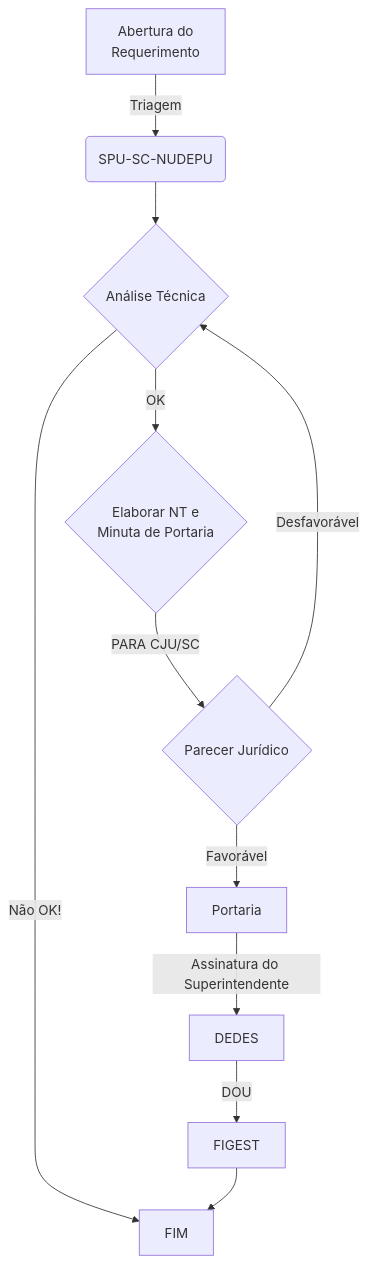
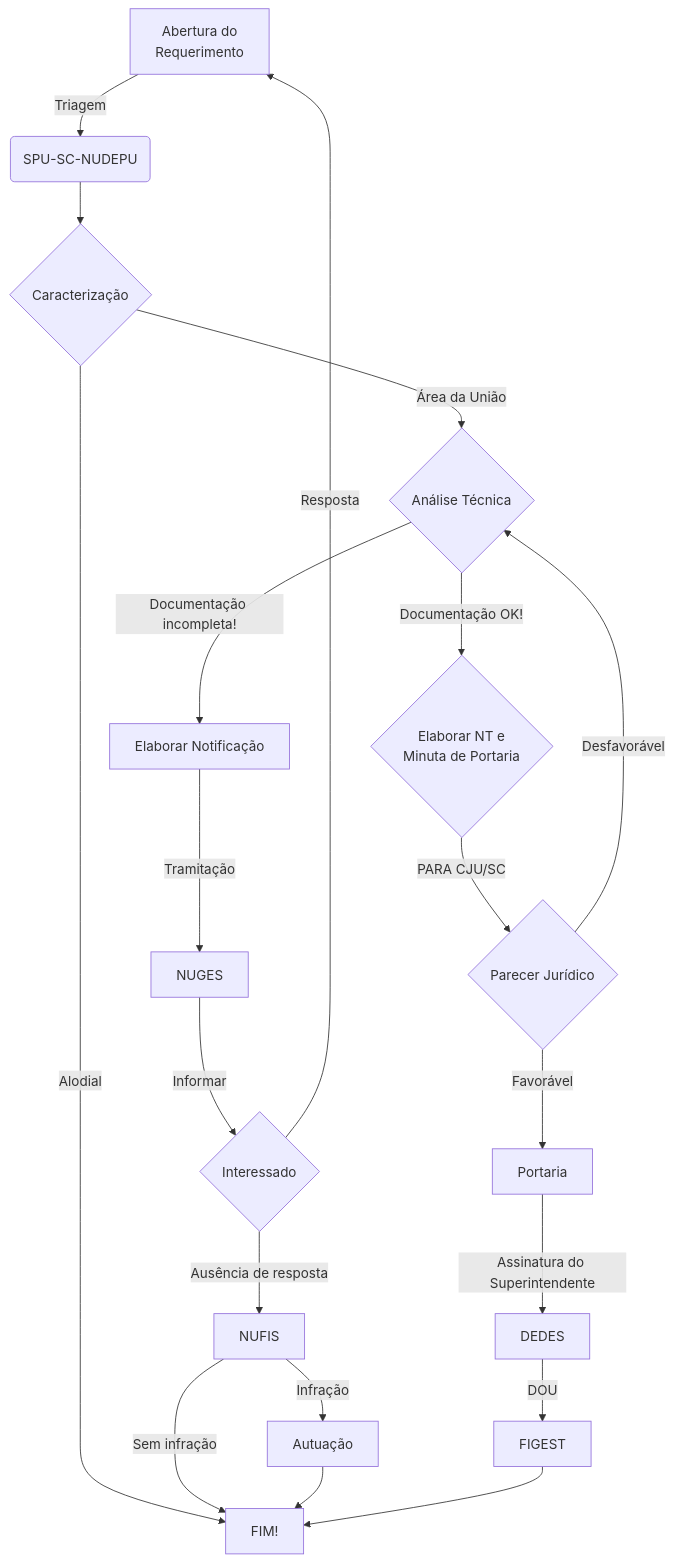
One commit to NUDEPU/autObras changed the diagram in fluxograma/index.md. Above: the diagram before and after it, drawn with Mermaid. The commit also changed other lines of this file, not shown here.

Commit message:
updates flowchart (2)

````diff
--- a/fluxograma/index.md
+++ b/fluxograma/index.md
@@ -6,13 +6,22 @@
 ```mermaid
 graph TD
   A[Abertura do <br> Requerimento] -->|Triagem| B(SPU-SC-NUDEPU)
-  B --> C{Análise Técnica}
-  C -->|OK| D{Elaborar NT e <br> Minuta de Portaria}
-  C -->|Não OK!| F[FIM]
-  D -->|PARA CJU/SC| I{Parecer Jurídico}
+  B --> C{Caracterização}
+  C -->|Área da União| D{Análise Técnica}
+  C -->|Alodial| F
+  D -->|Documentação OK!| E{Elaborar NT e <br> Minuta de Portaria}
+  D -->|Documentação incompleta!| M[Elaborar Notificação]
+  M -->|Tramitação| N[NUGES]
+  N -->|Informar| O{Interessado}
+  O -->|Ausência de resposta| P[NUFIS]
+  O -->|Resposta| A
+  P -->|Infração| Q[Autuação]
+  P -->|Sem infração| F
+  Q --> F
+  E -->|PARA CJU/SC| I{Parecer Jurídico}
   I -->|Favorável| J[Portaria]
   J -->|Assinatura do Superintendente| K[DEDES]
-  I -->|Desfavorável| C
+  I -->|Desfavorável| D
   K -->|DOU| L[FIGEST]
-  L --> F
+  L --> F[FIM!]
 ```
````
